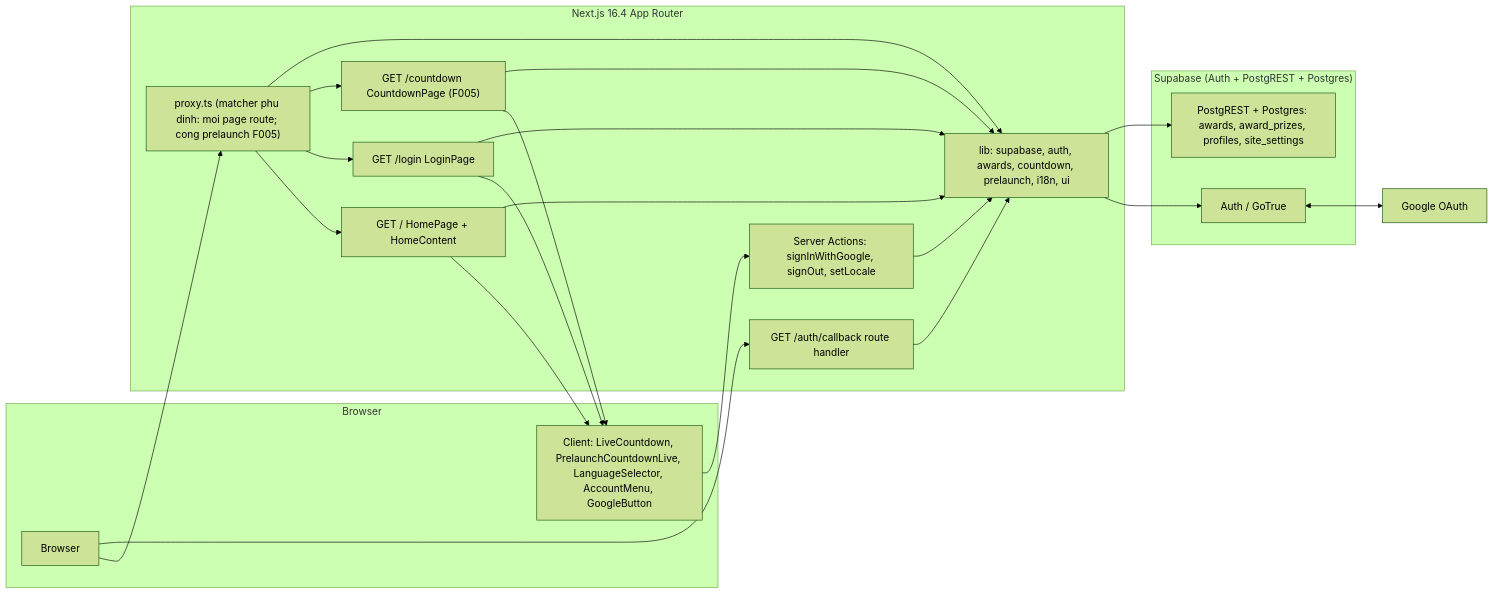
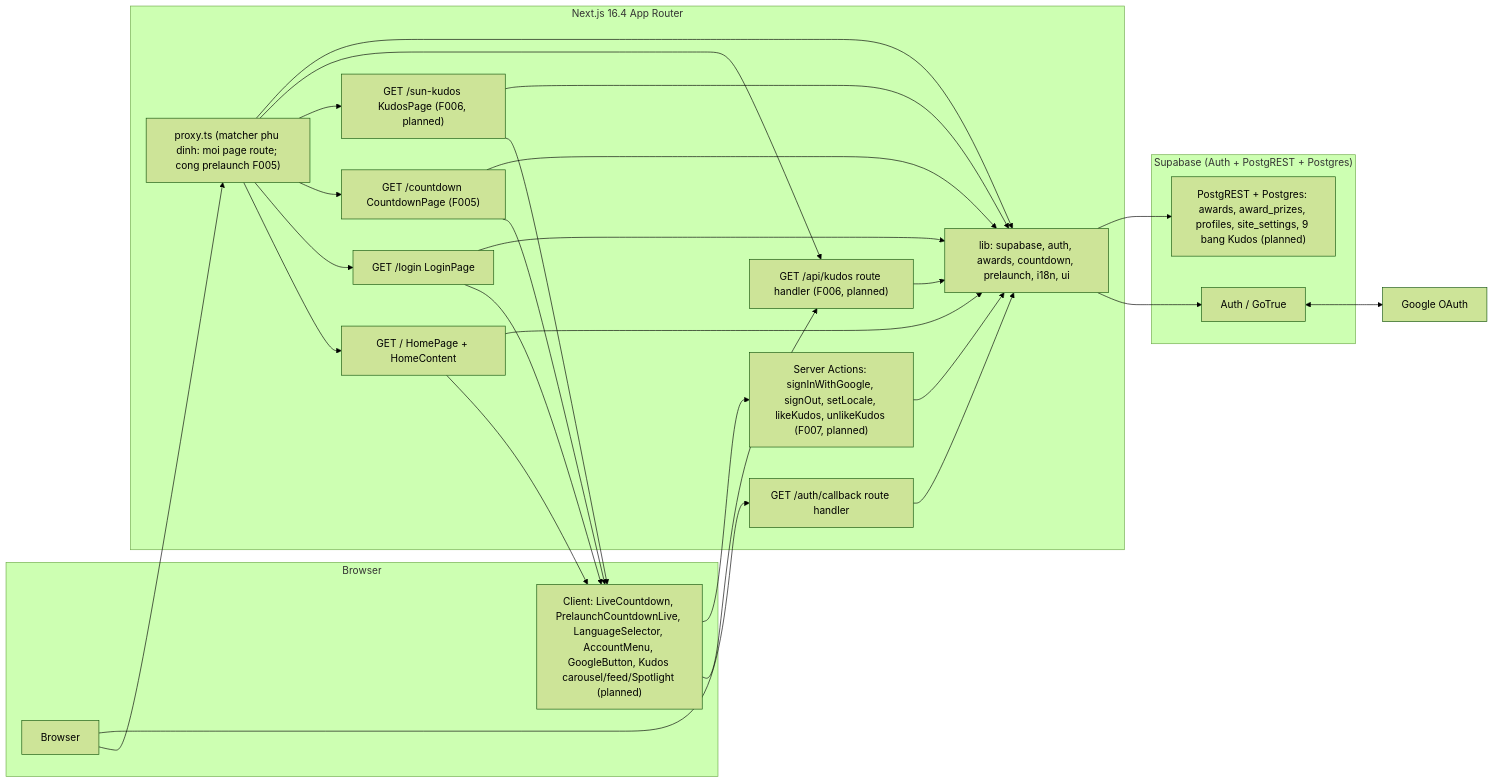
Before and after one commit to lannp-3774/agentic-coding-hands-on: the first of 7 diagrams in docs/system/architecture.md, drawn with Mermaid (forest theme). The commit also changed other lines of this file and 169 other files, not shown here.

First line of the commit message:
feat(kudos): add Sun* Kudos live board

````diff
--- a/docs/system/architecture.md
+++ b/docs/system/architecture.md
@@ -18,40 +20,48 @@
 ```mermaid
 flowchart LR
     subgraph Browser
         B[Browser]
-        CD["Client: LiveCountdown, PrelaunchCountdownLive, LanguageSelector, AccountMenu, GoogleButton"]
+        CD["Client: LiveCountdown, PrelaunchCountdownLive, LanguageSelector, AccountMenu, GoogleButton, Kudos carousel/feed/Spotlight (planned)"]
     end
     subgraph "Next.js 16.4 App Router"
         P["proxy.ts (matcher phu dinh: moi page route; cong prelaunch F005)"]
         H["GET / HomePage + HomeContent"]
         L["GET /login LoginPage"]
         CP["GET /countdown CountdownPage (F005)"]
+        K["GET /sun-kudos KudosPage (F006, planned)"]
+        KA["GET /api/kudos route handler (F006, planned)"]
         CB["GET /auth/callback route handler"]
-        A["Server Actions: signInWithGoogle, signOut, setLocale"]
+        A["Server Actions: signInWithGoogle, signOut, setLocale, likeKudos, unlikeKudos (F007, planned)"]
         LIB["lib: supabase, auth, awards, countdown, prelaunch, i18n, ui"]
     end
     subgraph "Supabase (Auth + PostgREST + Postgres)"
         G["Auth / GoTrue"]
-        R["PostgREST + Postgres: awards, award_prizes, profiles, site_settings"]
+        R["PostgREST + Postgres: awards, award_prizes, profiles, site_settings, 9 bang Kudos (planned)"]
     end
     GO[Google OAuth]
 
     B --> P
     P --> H
     P --> L
     P --> CP
+    P --> K
+    P --> KA
     B --> CB
     H --> CD
     L --> CD
     CP --> CD
     CP --> LIB
+    K --> CD
+    K --> LIB
+    KA --> LIB
+    CD --> KA
     CD --> A
     H --> LIB
     L --> LIB
     A --> LIB
     CB --> LIB
     P --> LIB
     LIB --> G
     LIB --> R
     G <--> GO
 ```
````
